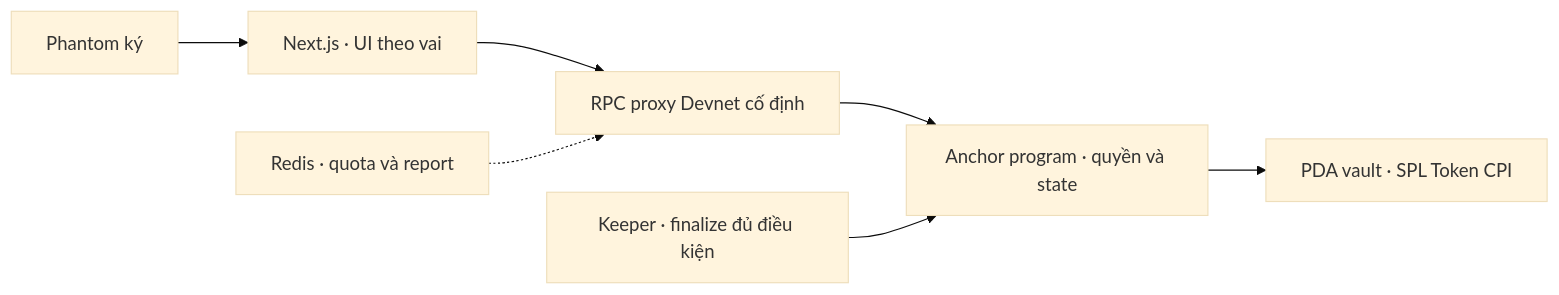
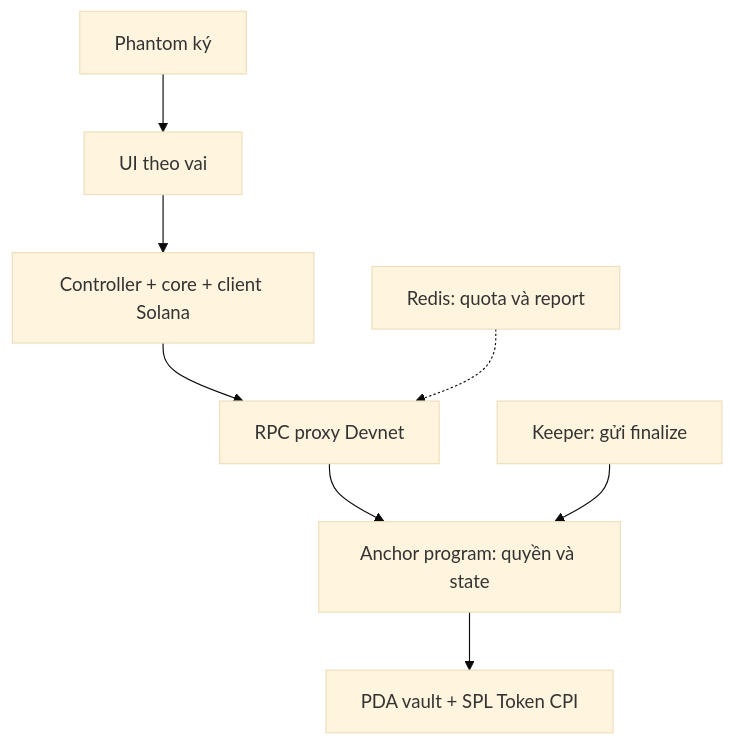
The diagram in README.md (2274802010922/pipicachu), drawn with Mermaid (base theme) before and after one commit. The commit also changed other lines of this file and 3 other files, not shown here.

````diff
--- a/README.md
+++ b/README.md
@@ -72,9 +114,10 @@
 ```mermaid
-flowchart LR
-  Wallet[Phantom ký] --> Web[Next.js · UI theo vai]
-  Web --> RPC[RPC proxy Devnet cố định]
-  RPC --> Program[Anchor program · quyền và state]
-  Program --> Vault[PDA vault · SPL Token CPI]
-  Redis[Redis · quota và report] -.-> RPC
-  Keeper[Keeper · finalize đủ điều kiện] --> Program
+flowchart TB
+  Wallet[Phantom ký] --> UI[UI theo vai]
+  UI --> Controller[Controller + core + client Solana]
+  Controller --> RPC[RPC proxy Devnet]
+  Redis[Redis: quota và report] -.-> RPC
+  RPC --> Program[Anchor program: quyền và state]
+  Keeper[Keeper: gửi finalize] --> Program
+  Program --> Vault[PDA vault + SPL Token CPI]
 ```
````
